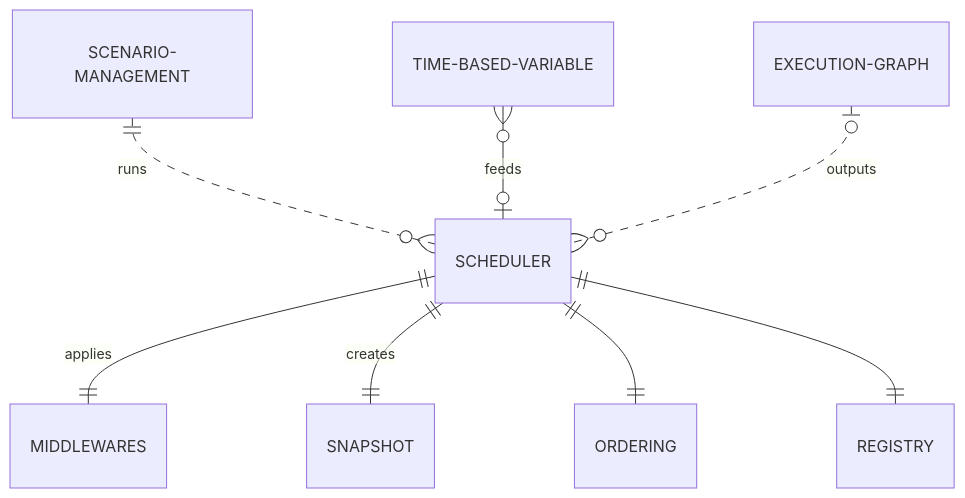
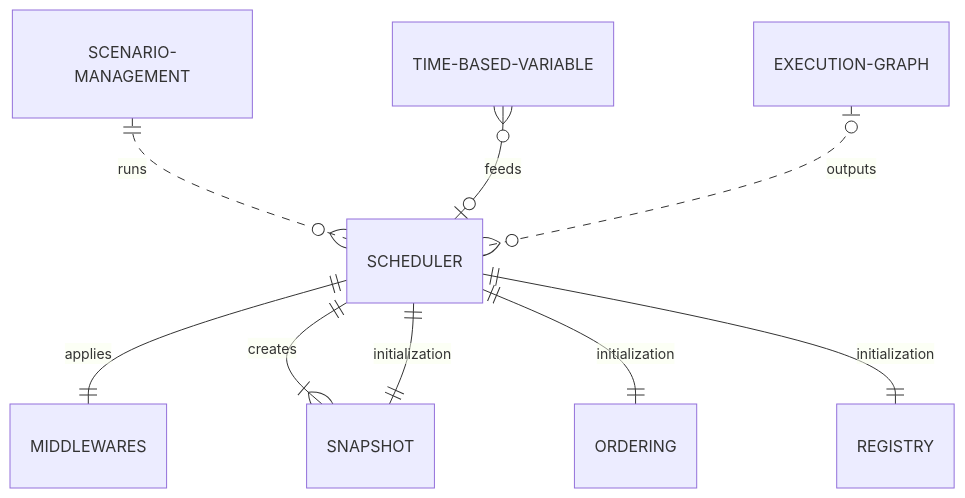
Before and after one commit to hephaistox/automaton-simulation-de: the diagram in docs/archi/scheduler_entity.mermaid, drawn with Mermaid. The commit also changed 44 other files, not shown here.

```diff
--- a/docs/archi/scheduler_entity.mermaid
+++ b/docs/archi/scheduler_entity.mermaid
@@ -1,9 +1,10 @@
 erDiagram
 	SCENARIO-MANAGEMENT ||..o{ SCHEDULER : "runs"
 	TIME-BASED-VARIABLE o{--o| SCHEDULER : "feeds"
   EXECUTION-GRAPH o|..o{ SCHEDULER  : "outputs"
 
   SCHEDULER ||--|| MIDDLEWARES : "applies"
-  SCHEDULER ||--|| SNAPSHOT : "creates"
-  SCHEDULER  ||--|| ORDERING : ""
-  SCHEDULER  ||--|| REGISTRY : ""
+  SCHEDULER ||--|{ SNAPSHOT : "creates"
+  SCHEDULER ||--|| SNAPSHOT : "initialization"
+  SCHEDULER  ||--|| ORDERING : "initialization"
+  SCHEDULER  ||--|| REGISTRY : "initialization"
```
